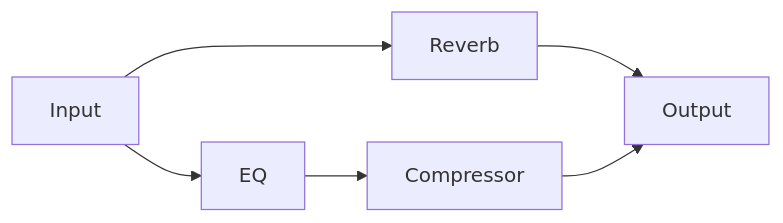
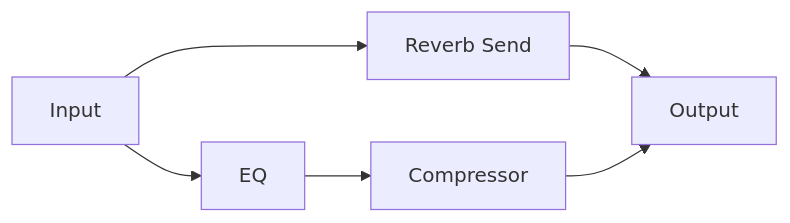
Before and after one commit to whizzkid1452/blog: the diagram in content/posts/daw-engine-processing-dag.md, drawn with Mermaid. The commit also changed other lines of this file and 7 other files, not shown here.

````diff
--- a/content/posts/daw-engine-processing-dag.md
+++ b/content/posts/daw-engine-processing-dag.md
@@ -33,8 +29,8 @@
 ```mermaid
 flowchart LR
   A["Input"] --> B["EQ"]
-  A --> C["Reverb"]
+  A --> C["Reverb Send"]
   B --> D["Compressor"]
   C --> E["Output"]
   D --> E
 ```
````
